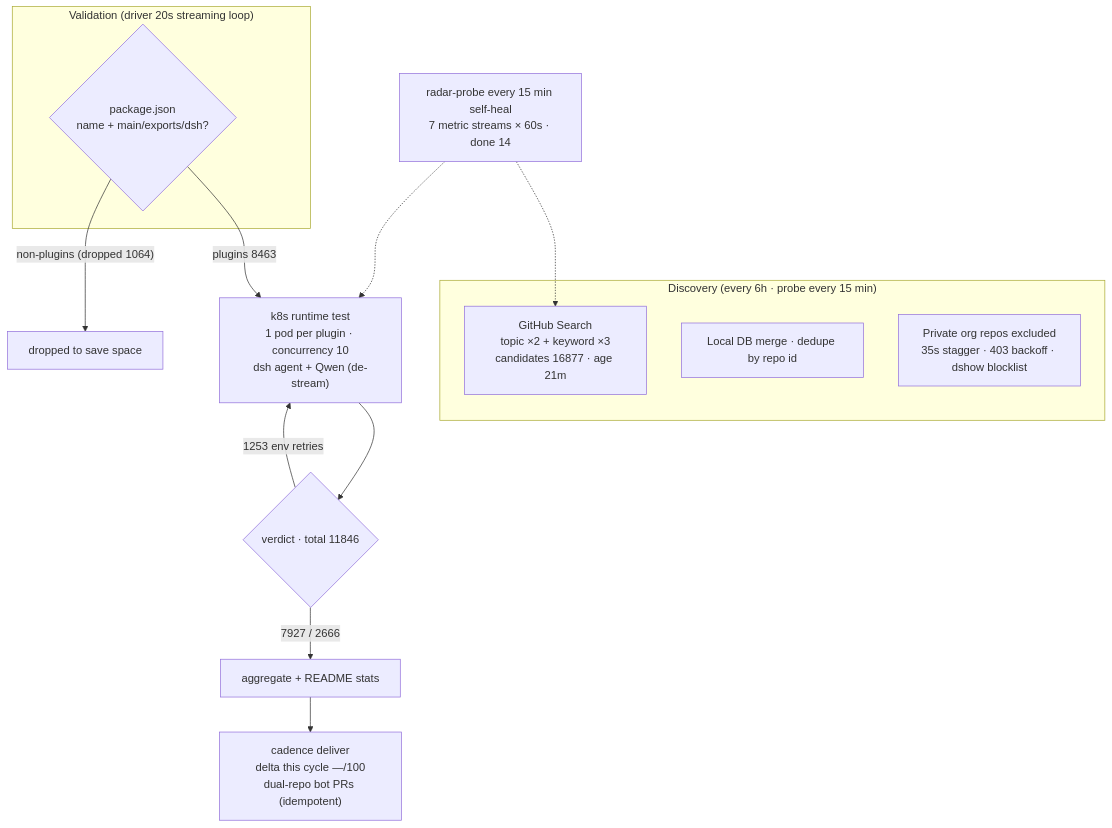
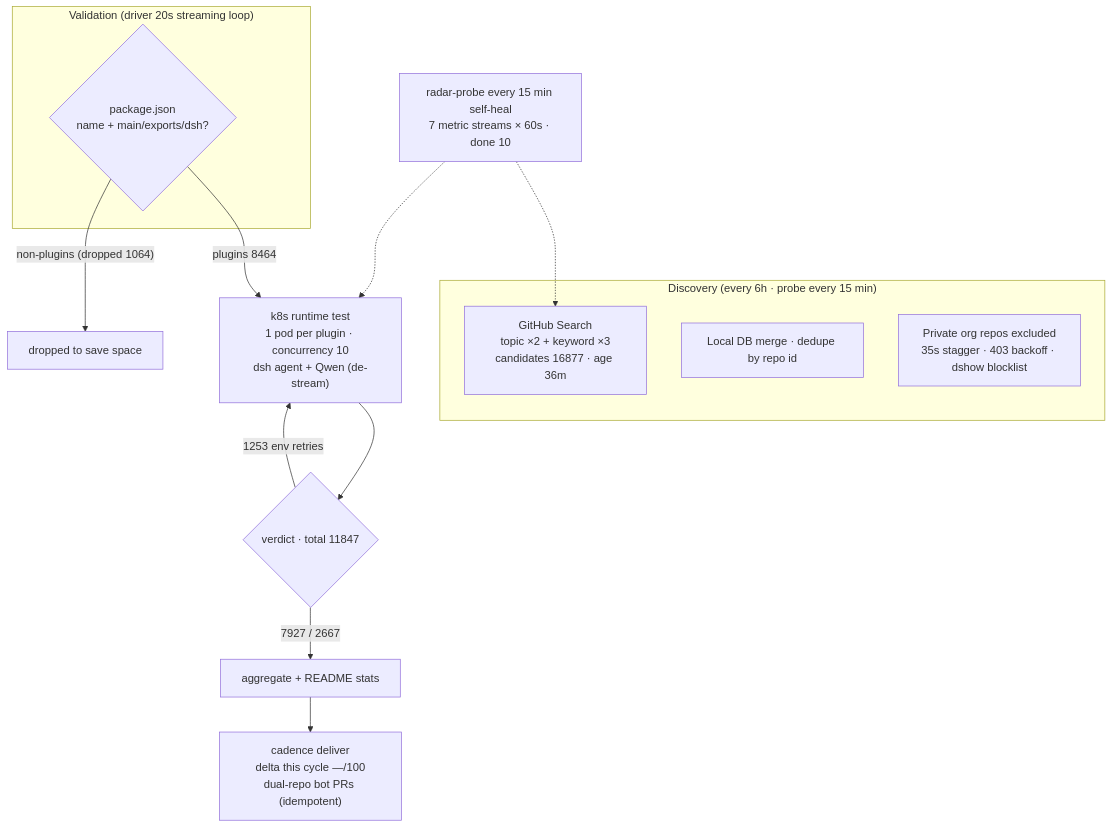
Before and after one commit to AdamPlatin123/awesome-dsh-plugins: the diagram in README.en-US.md, drawn with Mermaid. The commit also changed other lines of this file and 5 other files, not shown here.

````diff
--- a/README.en-US.md
+++ b/README.en-US.md
@@ -45,20 +45,20 @@
 ```mermaid
 flowchart TB
     subgraph Discovery["Discovery (every 6h · probe every 15 min)"]
-        A1["GitHub Search<br/>topic ×2 + keyword ×3<br/>candidates 16877 · age 21m"]
+        A1["GitHub Search<br/>topic ×2 + keyword ×3<br/>candidates 16877 · age 36m"]
         A2["Local DB merge · dedupe by repo id"]
         A3["Private org repos excluded<br/>35s stagger · 403 backoff · dshow blocklist"]
     end
     subgraph Validation["Validation (driver 20s streaming loop)"]
         B1{"package.json<br/>name + main/exports/dsh?"}
     end
-    B1 -->|"plugins 8463"| C1["k8s runtime test<br/>1 pod per plugin · concurrency 10<br/>dsh agent + Qwen (de-stream)"]
+    B1 -->|"plugins 8464"| C1["k8s runtime test<br/>1 pod per plugin · concurrency 10<br/>dsh agent + Qwen (de-stream)"]
     B1 -->|"non-plugins (dropped 1064)"| B3["dropped to save space"]
-    C1 --> D1{"verdict · total 11846"}
-    D1 -->|"7927 / 2666"| E1["aggregate + README stats"]
+    C1 --> D1{"verdict · total 11847"}
+    D1 -->|"7927 / 2667"| E1["aggregate + README stats"]
     D1 -->|"1253 env retries"| C1
     E1 --> E2["cadence deliver<br/>delta this cycle —/100<br/>dual-repo bot PRs (idempotent)"]
-    M["radar-probe every 15 min self-heal<br/>7 metric streams × 60s · done 14"]
+    M["radar-probe every 15 min self-heal<br/>7 metric streams × 60s · done 10"]
     M -.-> A1
     M -.-> C1
 ```
````
